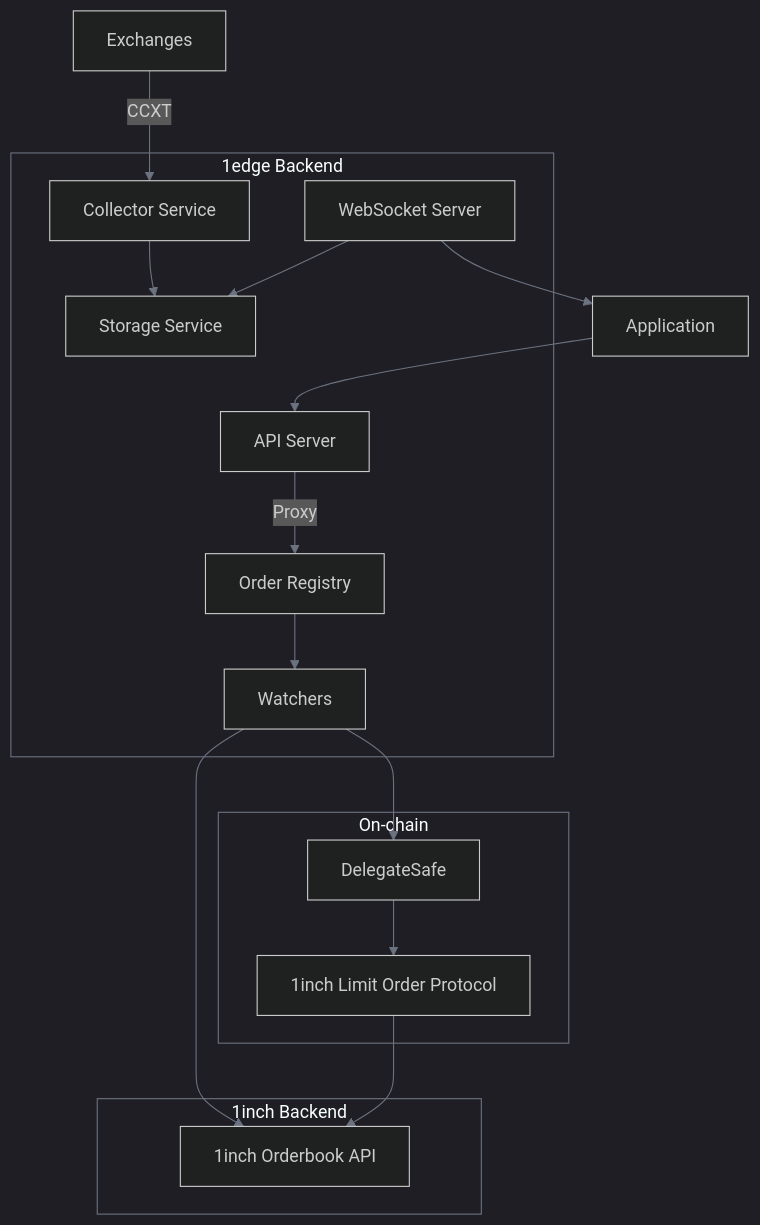
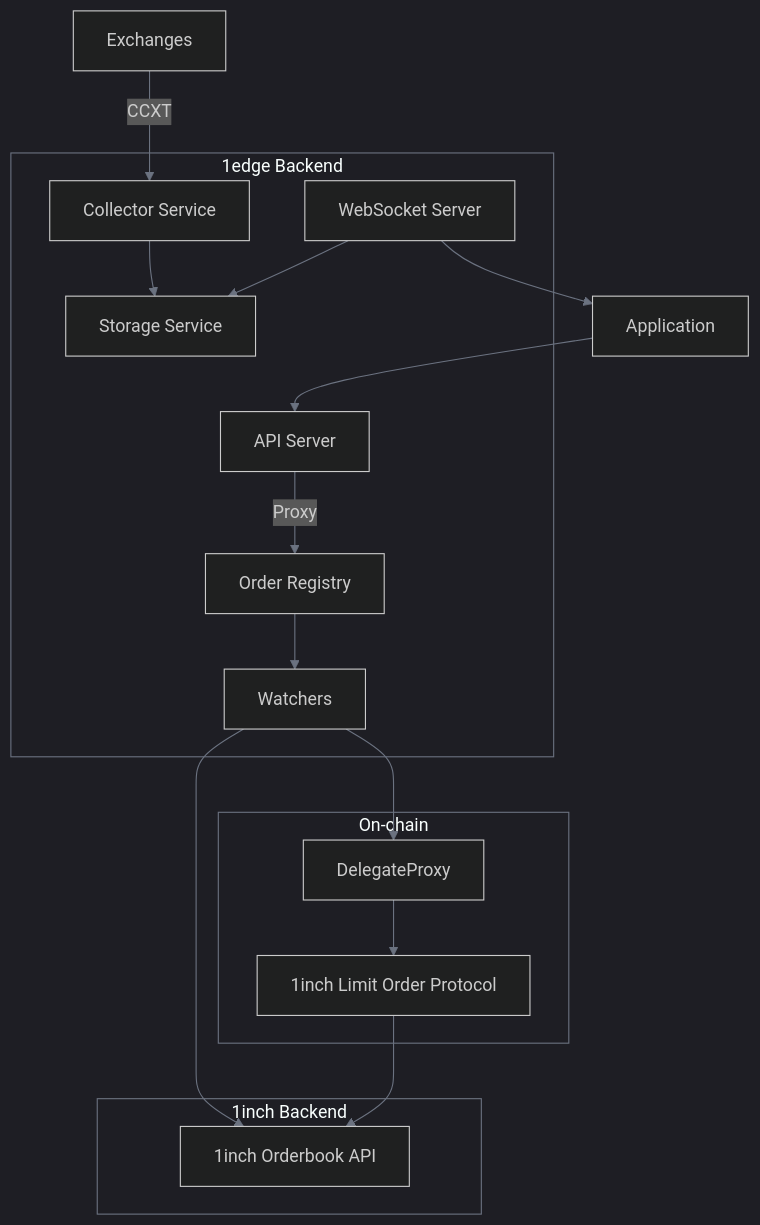
The first of 2 diagrams in docs/1edge/architecture.md (pde-rent/1edge), drawn with Mermaid before and after one commit. The commit also changed other lines of this file and 25 other files, not shown here.

````diff
--- a/docs/1edge/architecture.md
+++ b/docs/1edge/architecture.md
@@ -95,45 +99,45 @@
 ```mermaid
 %%{init: {'theme':'dark', 'themeVariables': {'primaryColor':'#22c55e','background':'transparent','primaryBorderColor':'#22c55e','lineColor':'#6b7280','sectionBkgColor':'transparent','altSectionBkgColor':'transparent','clusterBkg':'transparent','clusterBorder':'#6b7280'}}}%%
 graph TD
     UI[Application]
 
     subgraph "1edge Backend"
         J[API Server]
         E[Order Registry]
         W[Watchers]
         B[Collector Service]
         L[WebSocket Server]
         C[Storage Service]
     end
 
     subgraph "1inch Backend"
         G[1inch Orderbook API]
     end
 
     subgraph "On-chain"
-        DS[DelegateSafe]
+        DS[DelegateProxy]
         H[1inch Limit Order Protocol]
     end
 
     %% External
     A[Exchanges]
 
     %% Frontend connections
     UI --> J
     L --> UI
 
     %% Backend internal connections
     A -->|CCXT| B
     B --> C
     J -->|Proxy| E
     E --> W
     L --> C
 
     %% 1inch integrations
     W --> G
 
     %% On-chain connections
     W --> DS
     DS --> H
     H --> G
 ```
````
